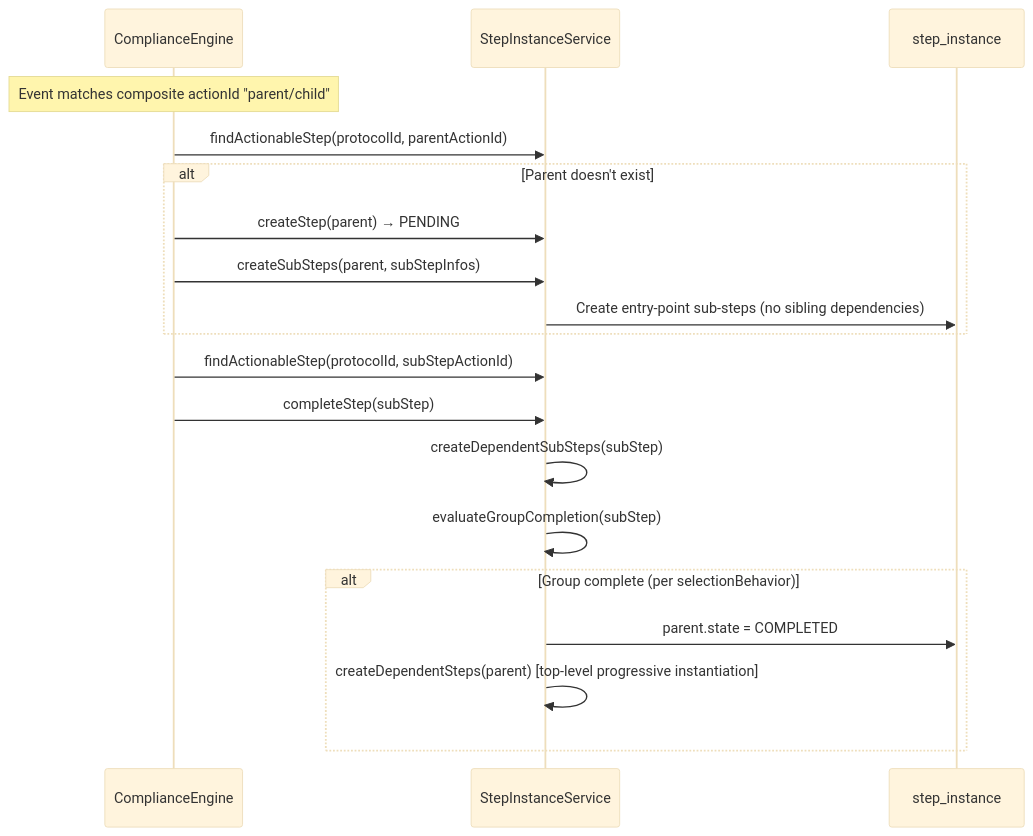
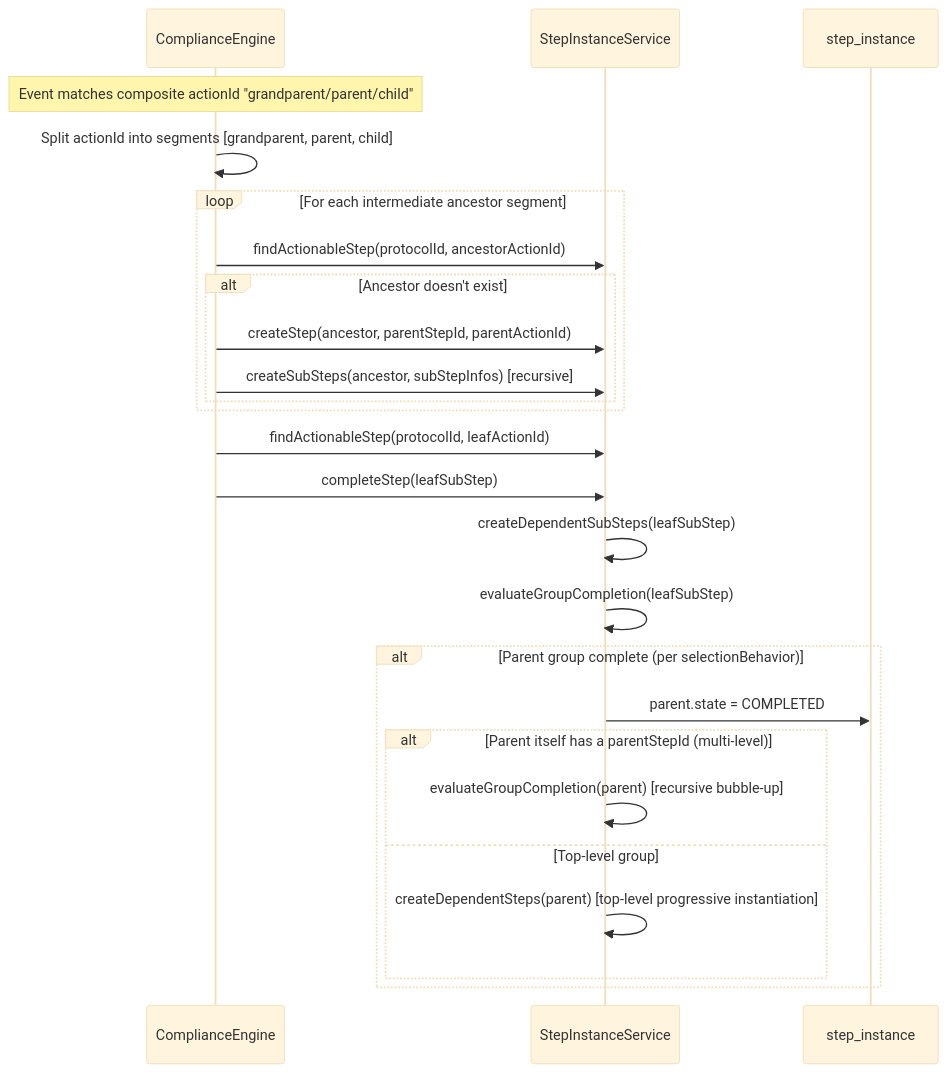
The ninth of 9 diagrams in docs/architecture-overview.md (Jayaprakash8887/cce-compliance-service), drawn with Mermaid (base theme) before and after one commit. The commit also changed other lines of this file and 12 other files, not shown here.

First line of the commit message:
Add tests for sub-step plan definitions and update related action metadata

````diff
--- a/docs/architecture-overview.md
+++ b/docs/architecture-overview.md
@@ -673,22 +686,30 @@
 ```mermaid
 sequenceDiagram
     participant Engine as ComplianceEngine
     participant SIS as StepInstanceService
     participant DB as step_instance
 
-    Note over Engine: Event matches composite actionId "parent/child"
-    Engine->>SIS: findActionableStep(protocolId, parentActionId)
-    alt Parent doesn't exist
-        Engine->>SIS: createStep(parent) → PENDING
-        Engine->>SIS: createSubSteps(parent, subStepInfos)
-        SIS->>DB: Create entry-point sub-steps (no sibling dependencies)
+    Note over Engine: Event matches composite actionId "grandparent/parent/child"
+    Engine->>Engine: Split actionId into segments [grandparent, parent, child]
+    
+    loop For each intermediate ancestor segment
+        Engine->>SIS: findActionableStep(protocolId, ancestorActionId)
+        alt Ancestor doesn't exist
+            Engine->>SIS: createStep(ancestor, parentStepId, parentActionId)
+            Engine->>SIS: createSubSteps(ancestor, subStepInfos) [recursive]
+        end
     end
-    Engine->>SIS: findActionableStep(protocolId, subStepActionId)
-    Engine->>SIS: completeStep(subStep)
-    SIS->>SIS: createDependentSubSteps(subStep)
-    SIS->>SIS: evaluateGroupCompletion(subStep)
-    alt Group complete (per selectionBehavior)
+    
+    Engine->>SIS: findActionableStep(protocolId, leafActionId)
+    Engine->>SIS: completeStep(leafSubStep)
+    SIS->>SIS: createDependentSubSteps(leafSubStep)
+    SIS->>SIS: evaluateGroupCompletion(leafSubStep)
+    alt Parent group complete (per selectionBehavior)
         SIS->>DB: parent.state = COMPLETED
-        SIS->>SIS: createDependentSteps(parent) [top-level progressive instantiation]
+        alt Parent itself has a parentStepId (multi-level)
+            SIS->>SIS: evaluateGroupCompletion(parent) [recursive bubble-up]
+        else Top-level group
+            SIS->>SIS: createDependentSteps(parent) [top-level progressive instantiation]
+        end
     end
 ```
````
